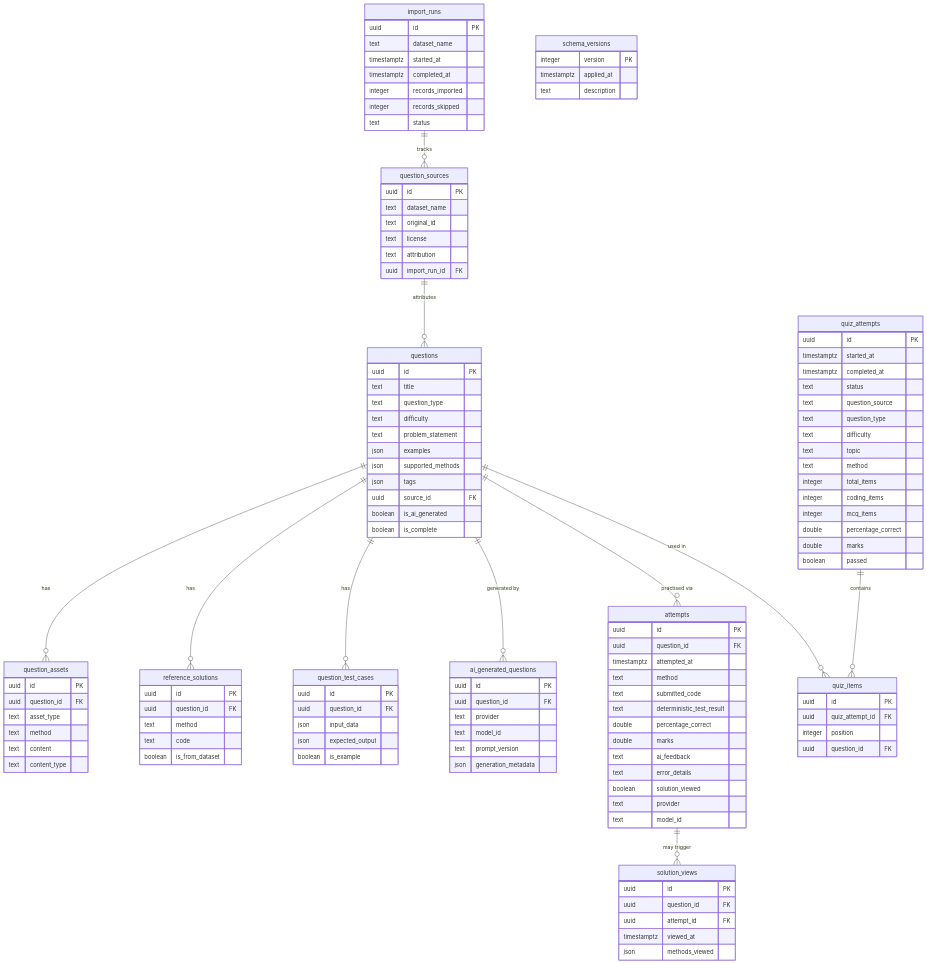
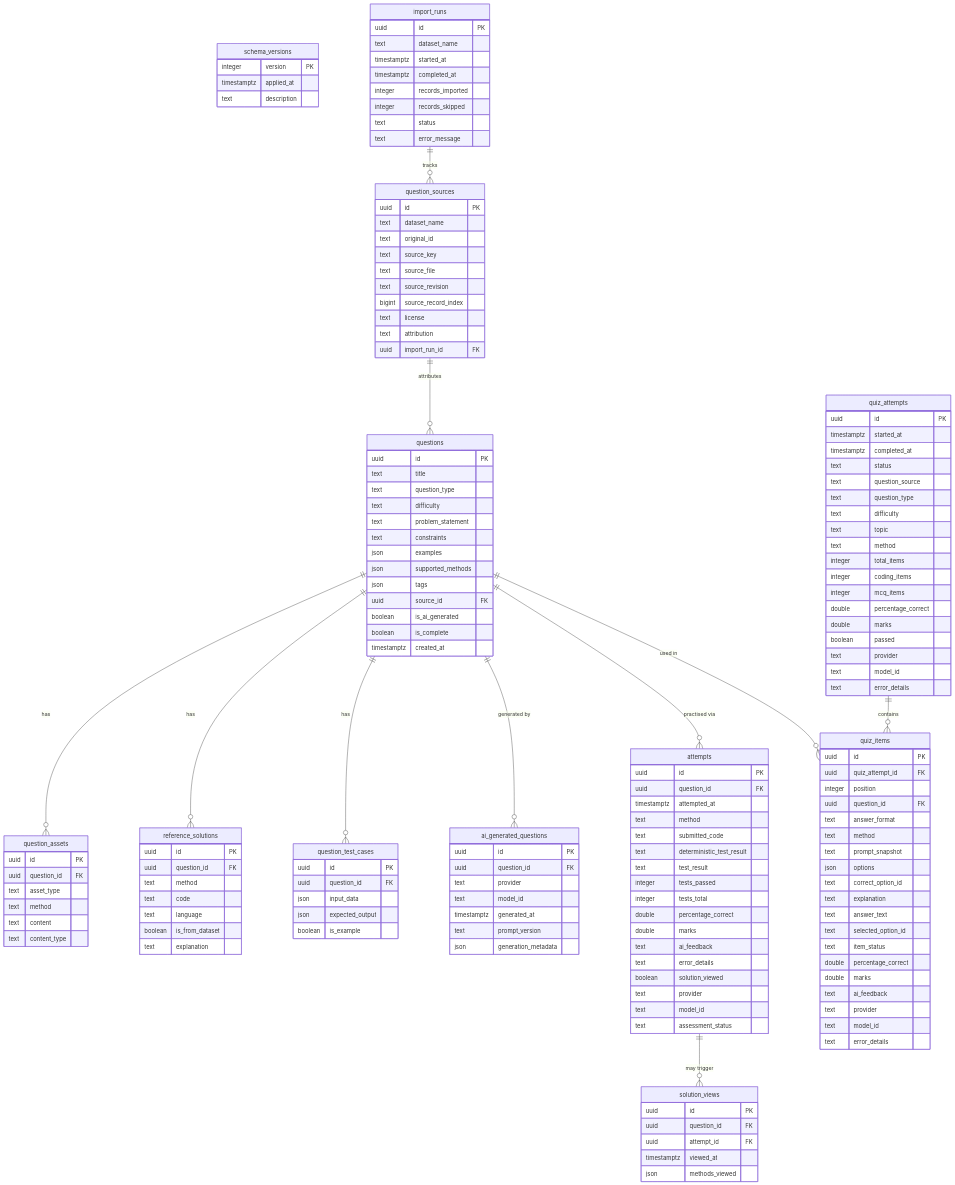
Before and after one commit to pypi-ahmad/Coding-Tutor: the sixth of 6 diagrams in Project_Architecture_Blueprint.md, drawn with Mermaid. The commit also changed other lines of this file and 3 other files, not shown here.

````diff
--- a/Project_Architecture_Blueprint.md
+++ b/Project_Architecture_Blueprint.md
@@ -306,5 +394,10 @@
 ```mermaid
 erDiagram
+    schema_versions {
+        integer version PK
+        timestamptz applied_at
+        text description
+    }
     import_runs {
         uuid id PK
         text dataset_name
@@ -313,11 +406,16 @@
         integer records_imported
         integer records_skipped
         text status
+        text error_message
     }
     question_sources {
         uuid id PK
         text dataset_name
         text original_id
+        text source_key
+        text source_file
+        text source_revision
+        bigint source_record_index
         text license
         text attribution
         uuid import_run_id FK
@@ -328,12 +426,14 @@
         text question_type
         text difficulty
         text problem_statement
+        text constraints
         json examples
         json supported_methods
         json tags
         uuid source_id FK
         boolean is_ai_generated
         boolean is_complete
+        timestamptz created_at
     }
     question_assets {
         uuid id PK
@@ -348,7 +448,9 @@
         uuid question_id FK
         text method
         text code
+        text language
         boolean is_from_dataset
+        text explanation
     }
     question_test_cases {
         uuid id PK
@@ -362,6 +464,7 @@
         uuid question_id FK
         text provider
         text model_id
+        timestamptz generated_at
         text prompt_version
         json generation_metadata
     }
@@ -372,6 +475,9 @@
         text method
         text submitted_code
         text deterministic_test_result
+        text test_result
+        integer tests_passed
+        integer tests_total
         double percentage_correct
         double marks
         text ai_feedback
@@ -379,6 +485,7 @@
         boolean solution_viewed
         text provider
         text model_id
+        text assessment_status
     }
     solution_views {
         uuid id PK
@@ -403,17 +510,30 @@
         double percentage_correct
         double marks
         boolean passed
+        text provider
+        text model_id
+        text error_details
     }
     quiz_items {
         uuid id PK
         uuid quiz_attempt_id FK
         integer position
         uuid question_id FK
-    }
-    schema_versions {
-        integer version PK
-        timestamptz applied_at
-        text description
+        text answer_format
+        text method
+        text prompt_snapshot
+        json options
+        text correct_option_id
+        text explanation
+        text answer_text
+        text selected_option_id
+        text item_status
+        double percentage_correct
+        double marks
+        text ai_feedback
+        text provider
+        text model_id
+        text error_details
     }
 
     import_runs ||--o{ question_sources : "tracks"
````
